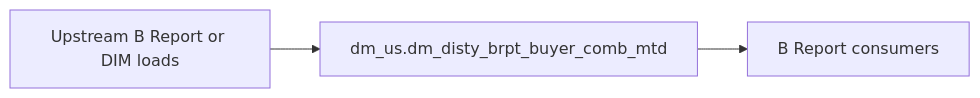
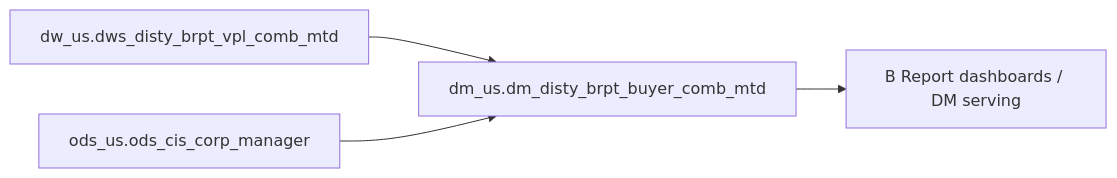
The diagram in backend/defaults/b_report/workspace/target/knowledgebase/b-report-us/dm_disty_brpt_buyer_comb_mtd.md (chengduhaha/data_agent), drawn with Mermaid before and after one commit. The commit also changed other lines of this file and 1108 other files, not shown here.

````diff
--- a/backend/defaults/b_report/workspace/target/knowledgebase/b-report-us/dm_disty_brpt_buyer_comb_mtd.md
+++ b/backend/defaults/b_report/workspace/target/knowledgebase/b-report-us/dm_disty_brpt_buyer_comb_mtd.md
@@ -151,8 +542,10 @@
 ```mermaid
 flowchart LR
-  upstream[Upstream B Report or DIM loads]
-  tgt["dm_us.dm_disty_brpt_buyer_comb_mtd"]
-  brpt[B Report consumers]
-  upstream --> tgt
-  tgt --> brpt
+  dm_us_dm_disty_brpt_buyer_comb_mtd["dm_us.dm_disty_brpt_buyer_comb_mtd"]
+  src0["dw_us.dws_disty_brpt_vpl_comb_mtd"]
+  src0 --> dm_us_dm_disty_brpt_buyer_comb_mtd
+  src1["ods_us.ods_cis_corp_manager"]
+  src1 --> dm_us_dm_disty_brpt_buyer_comb_mtd
+  consumers["B Report dashboards / DM serving"]
+  dm_us_dm_disty_brpt_buyer_comb_mtd --> consumers
 ```
````
